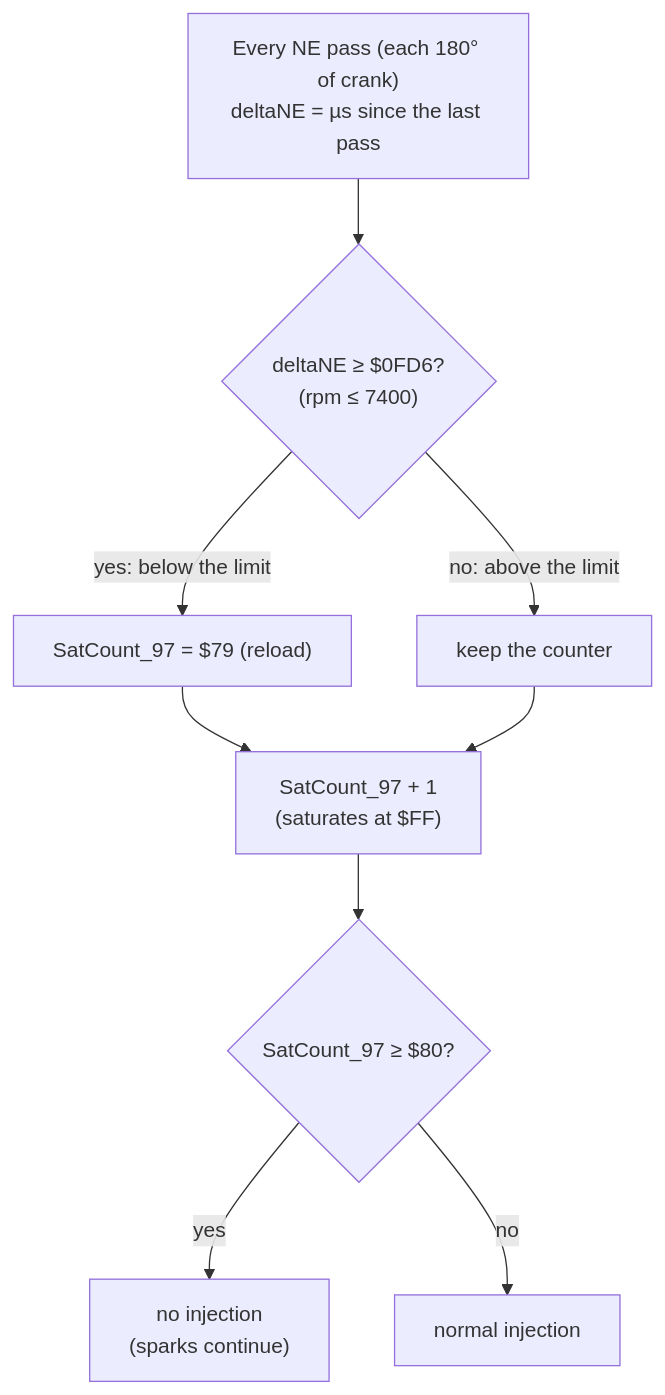
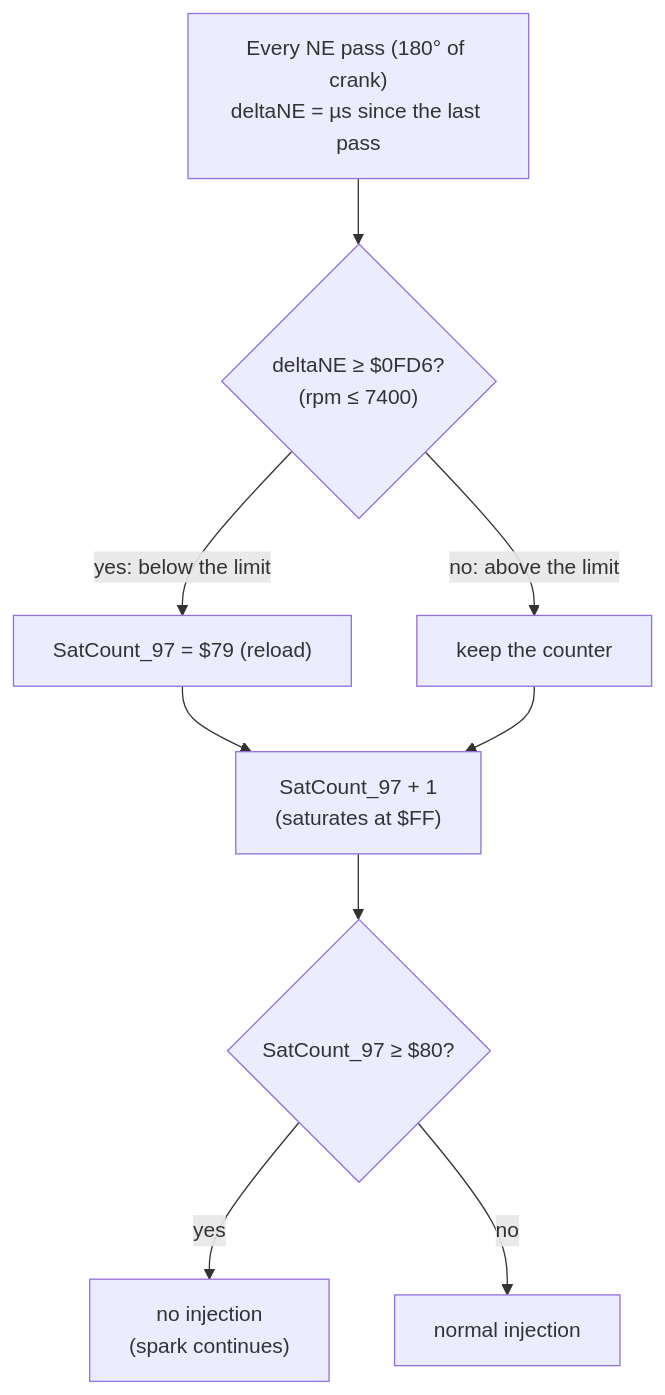
One commit to kurt-culley/Toyota-PCM-hacking changed the diagram in docs/bluetop/rev_limiter.md. Above: the diagram before and after it, drawn with Mermaid. The commit also changed other lines of this file, not shown here.

First line of the commit message:
Rev limiter write-up: purely technical; spark-cut potential

````diff
--- a/docs/bluetop/rev_limiter.md
+++ b/docs/bluetop/rev_limiter.md
@@ -9,11 +15,11 @@
 ```mermaid
 flowchart TD
-  NE["Every NE pass (each 180° of crank)<br/>deltaNE = µs since the last pass"] --> CMP{"deltaNE ≥ $0FD6?<br/>(rpm ≤ 7400)"}
+  NE["Every NE pass (180° of crank)<br/>deltaNE = µs since the last pass"] --> CMP{"deltaNE ≥ $0FD6?<br/>(rpm ≤ 7400)"}
   CMP -- "yes: below the limit" --> RL["SatCount_97 = $79 (reload)"]
   CMP -- "no: above the limit" --> SKIP[keep the counter]
   RL --> INC["SatCount_97 + 1<br/>(saturates at $FF)"]
   SKIP --> INC
   INC --> CUT{"SatCount_97 ≥ $80?"}
-  CUT -- yes --> NOFUEL["no injection<br/>(sparks continue)"]
+  CUT -- yes --> NOFUEL["no injection<br/>(spark continues)"]
   CUT -- no --> FUEL[normal injection]
 ```
````
